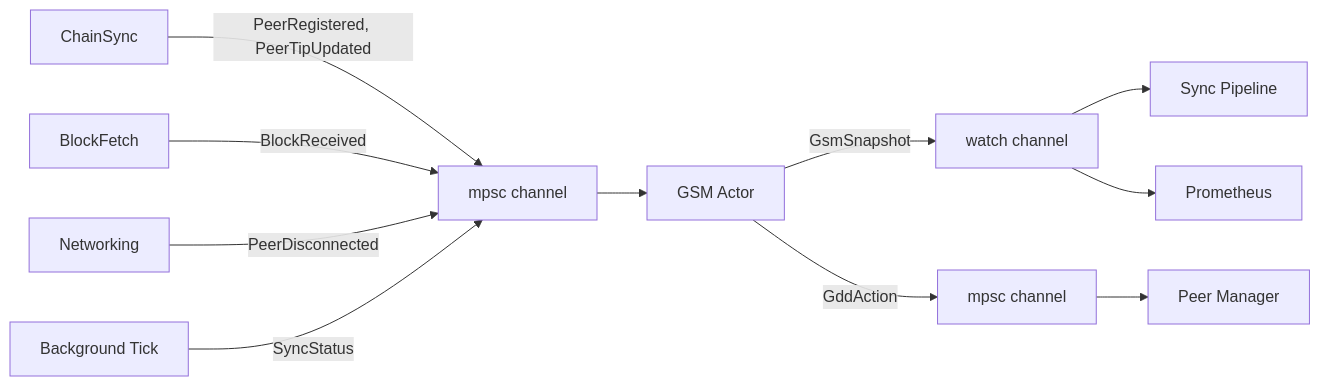
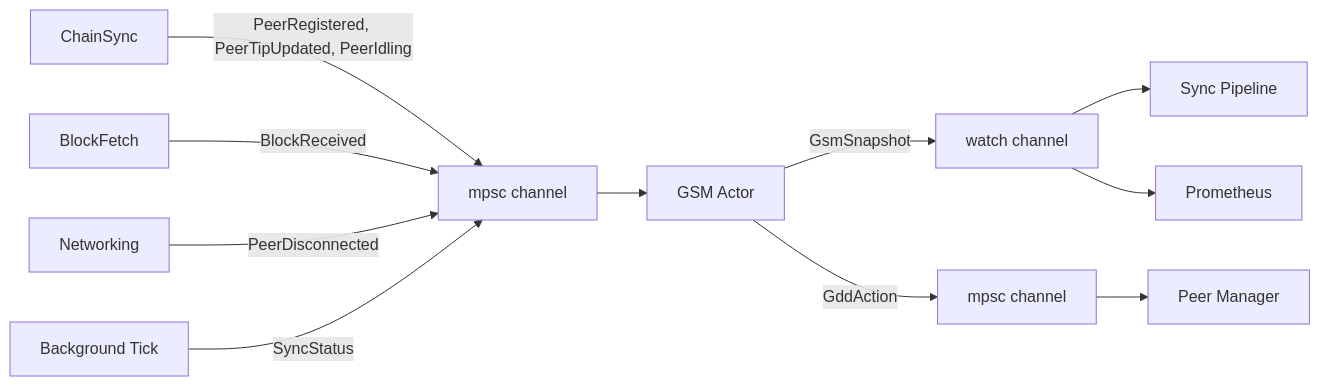
Before and after one commit to michaeljfazio/torsten: the diagram in docs/superpowers/specs/2026-04-01-ouroboros-genesis-design.md, drawn with Mermaid. The commit also changed other lines of this file, not shown here.

````diff
--- a/docs/superpowers/specs/2026-04-01-ouroboros-genesis-design.md
+++ b/docs/superpowers/specs/2026-04-01-ouroboros-genesis-design.md
@@ -15,13 +16,13 @@
 ```mermaid
 graph LR
-    CS[ChainSync] -->|PeerRegistered, PeerTipUpdated| CH[mpsc channel]
+    CS[ChainSync] -->|PeerRegistered, PeerTipUpdated, PeerIdling| CH[mpsc channel]
     BF[BlockFetch] -->|BlockReceived| CH
     NET[Networking] -->|PeerDisconnected| CH
     BG[Background Tick] -->|SyncStatus| CH
     CH --> GSM[GSM Actor]
     GSM -->|GsmSnapshot| W[watch channel]
     GSM -->|GddAction| D[mpsc channel]
     W --> SYNC[Sync Pipeline]
     W --> METRICS[Prometheus]
     D --> PM[Peer Manager]
 ```
````
